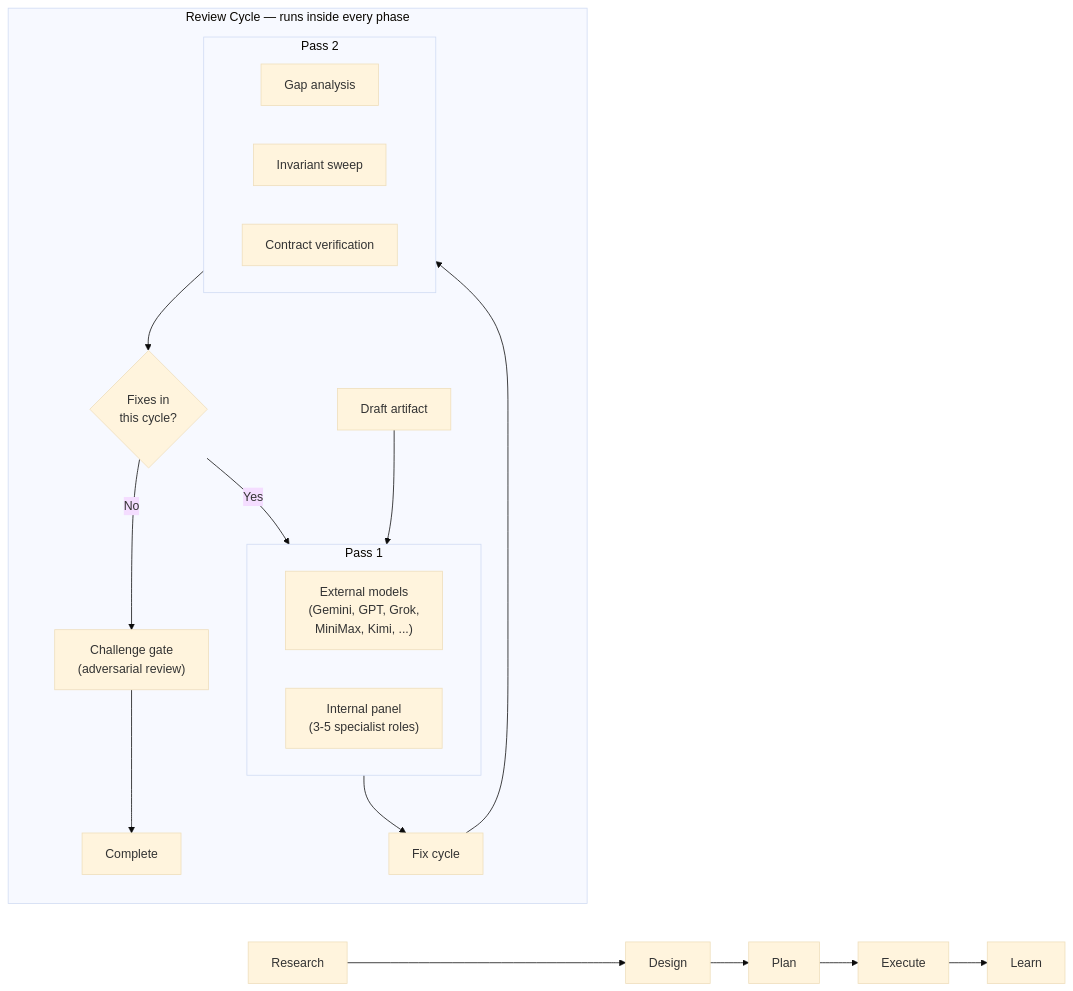
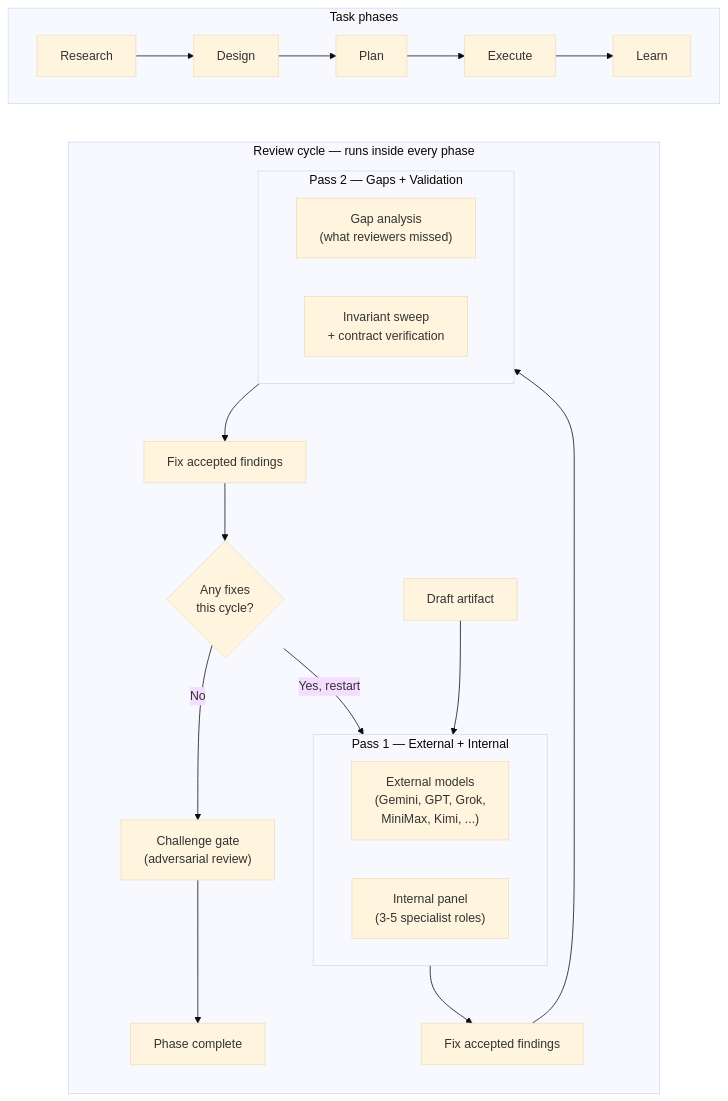
Before and after one commit to tonfield/claude-phasebook: the diagram in README.md, drawn with Mermaid (base theme). The commit also changed other lines of this file, not shown here.

First line of the commit message:
docs: reorder review cycle as numbered steps, fix diagram clarity

````diff
--- a/README.md
+++ b/README.md
@@ -5,30 +5,35 @@
 ```mermaid
-flowchart LR
-    R[Research] --> D[Design] --> P[Plan] --> E[Execute] --> L[Learn]
+flowchart TB
+    subgraph phases [" Task phases "]
+        direction LR
+        R[Research] --> D[Design] --> P[Plan] --> E[Execute] --> L[Learn]
+    end
 
-    subgraph cycle [" Review Cycle — runs inside every phase "]
+    phases ~~~ cycle
+
+    subgraph cycle [" Review cycle — runs inside every phase "]
         direction TB
-        Draft[Draft artifact] --> P1
+        Draft[Draft artifact] --> Pass1
 
-        subgraph P1 [" Pass 1 "]
+        subgraph Pass1 [" Pass 1 — External + Internal "]
             direction LR
             Ext["External models\n(Gemini, GPT, Grok,\nMiniMax, Kimi, ...)"]
             Int["Internal panel\n(3-5 specialist roles)"]
         end
 
-        P1 --> Fix1[Fix cycle]
-        Fix1 --> P2
+        Pass1 --> Fix1[Fix accepted findings]
+        Fix1 --> Pass2
 
-        subgraph P2 [" Pass 2 "]
+        subgraph Pass2 [" Pass 2 — Gaps + Validation "]
             direction LR
-            Gaps["Gap analysis"]
-            Inv["Invariant sweep"]
-            Contract["Contract verification"]
+            Gaps["Gap analysis\n(what reviewers missed)"]
+            Inv["Invariant sweep\n+ contract verification"]
         end
 
-        P2 --> Check{Fixes in\nthis cycle?}
-        Check -->|Yes| P1
+        Pass2 --> Fix2[Fix accepted findings]
+        Fix2 --> Check{Any fixes\nthis cycle?}
+        Check -->|Yes, restart| Pass1
         Check -->|No| CG["Challenge gate\n(adversarial review)"]
-        CG --> Done[Complete]
+        CG --> Done[Phase complete]
     end
 ```
````
